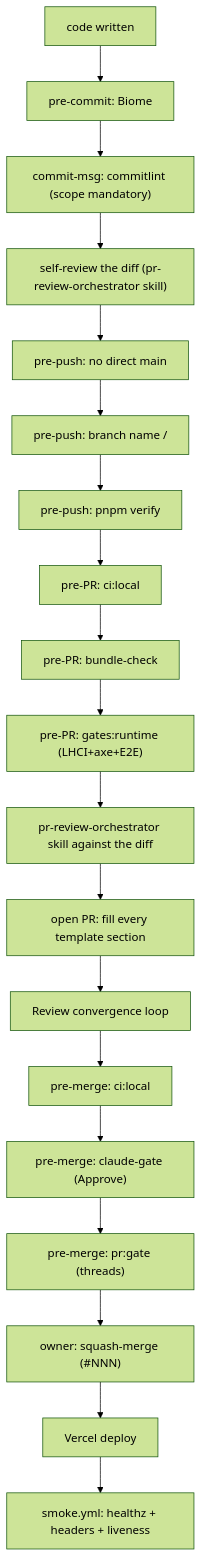
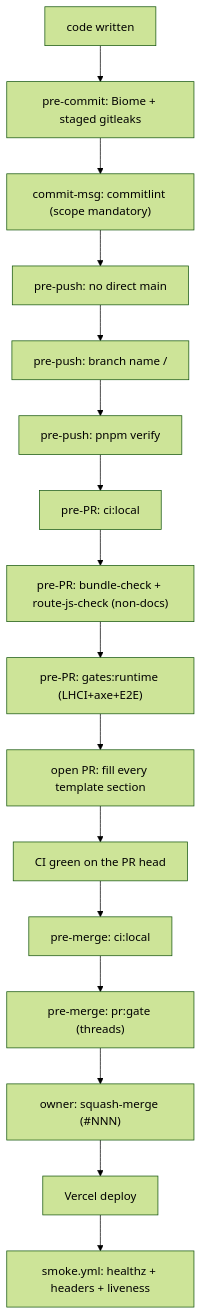
One commit to erikunha/portfolio changed the first of 2 diagrams in docs/handbook/review-merge-release.md. Above: the diagram before and after it, drawn with Mermaid (forest theme). The commit also changed other lines of this file and 30 other files, not shown here.

First line of the commit message:
docs(terminal-redesign): sync docs and diagrams with the redesign; review only on request (#291)

````diff
--- a/docs/handbook/review-merge-release.md
+++ b/docs/handbook/review-merge-release.md
@@ -7,21 +7,18 @@
 ```mermaid
 flowchart TD
-    write["code written"] --> c1["pre-commit: Biome"]
+    write["code written"] --> c1["pre-commit: Biome + staged gitleaks"]
     c1 --> c2["commit-msg: commitlint (scope mandatory)"]
-    c2 --> selfreview["self-review the diff (pr-review-orchestrator skill)"]
-    selfreview --> p1["pre-push: no direct main"]
+    c2 --> p1["pre-push: no direct main"]
     p1 --> p2["pre-push: branch name <type>/<desc>"]
     p2 --> p5["pre-push: pnpm verify"]
     p5 --> r1["pre-PR: ci:local"]
-    r1 --> r2["pre-PR: bundle-check"]
+    r1 --> r2["pre-PR: bundle-check + route-js-check (non-docs)"]
     r2 --> r4["pre-PR: gates:runtime (LHCI+axe+E2E)"]
-    r4 --> r5["pr-review-orchestrator skill against the diff"]
-    r5 --> o1["open PR: fill every template section"]
-    o1 --> o2["Review convergence loop"]
+    r4 --> o1["open PR: fill every template section"]
+    o1 --> o2["CI green on the PR head"]
     o2 --> m1["pre-merge: ci:local"]
-    m1 --> m3["pre-merge: claude-gate (Approve)"]
-    m3 --> m4["pre-merge: pr:gate (threads)"]
+    m1 --> m4["pre-merge: pr:gate (threads)"]
     m4 --> merge["owner: squash-merge (#NNN)"]
     merge --> deploy["Vercel deploy"]
     deploy --> smoke["smoke.yml: healthz + headers + liveness"]
 ```
````
